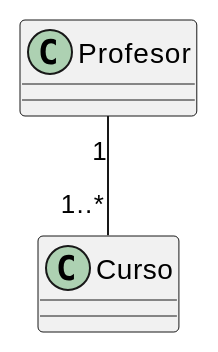
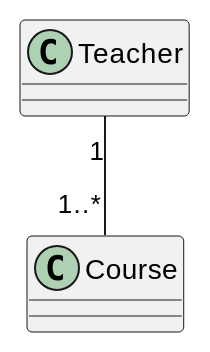
The sixth of 7 diagrams in source/base-cognitiva/_uml/uml-02-orientacion-objetos/tipos-de-asociaciones.rst (jcg-admin/IACT-docs), drawn with PlantUML before and after one commit. The commit also changed other lines of this file and 4 other files, not shown here.

```diff
--- a/source/base-cognitiva/_uml/uml-02-orientacion-objetos/tipos-de-asociaciones.rst
+++ b/source/base-cognitiva/_uml/uml-02-orientacion-objetos/tipos-de-asociaciones.rst
@@ -226,8 +226,8 @@
 .. uml::
 
    @startuml
 
-   class Profesor
-   class Curso
-   Profesor "1" -- "1..*" Curso
+   class Teacher
+   class Course
+   Teacher "1" -- "1..*" Course
    @enduml
```
